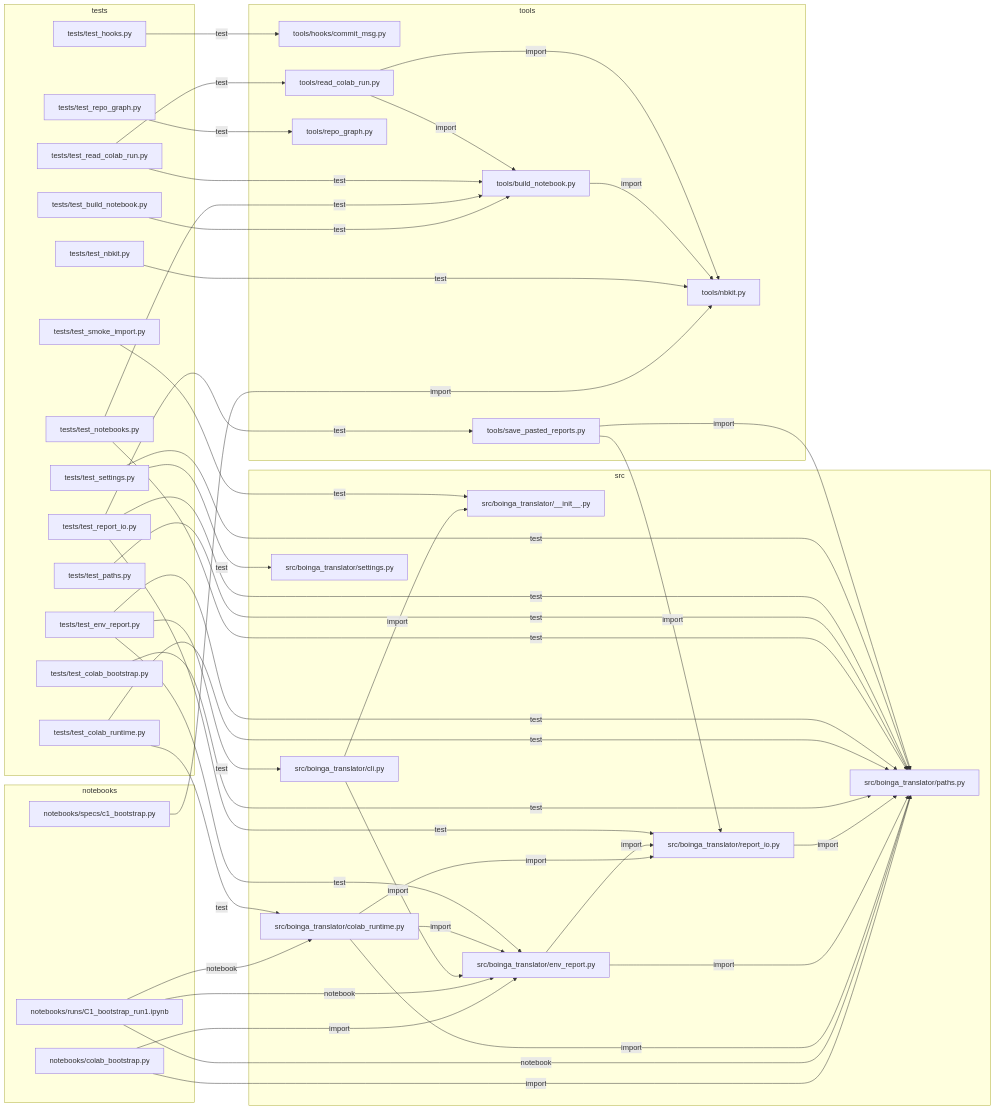
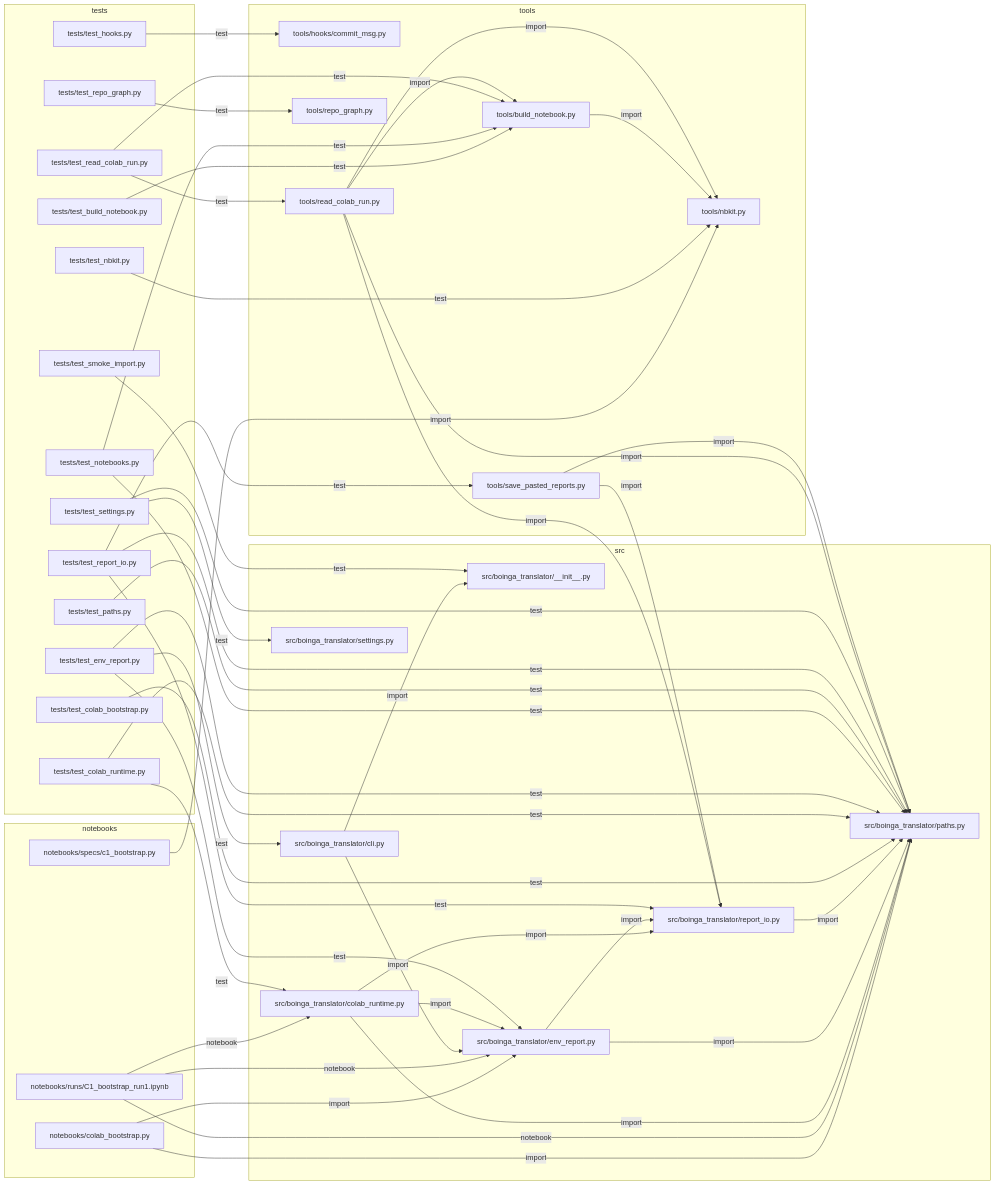
The diagram in docs/REPO_GRAPH.md (asparagusD/boinga-translator), drawn with Mermaid before and after one commit. The commit also changed other lines of this file and 4 other files, not shown here.

````diff
--- a/docs/REPO_GRAPH.md
+++ b/docs/REPO_GRAPH.md
@@ -80,80 +80,82 @@
 ```mermaid
 graph LR
   subgraph sg_notebooks["notebooks"]
     n_notebooks_colab_bootstrap_py["notebooks/colab_bootstrap.py"]
     n_notebooks_runs_C1_bootstrap_run1_ipynb["notebooks/runs/C1_bootstrap_run1.ipynb"]
     n_notebooks_specs_c1_bootstrap_py["notebooks/specs/c1_bootstrap.py"]
   end
   subgraph sg_src["src"]
     n_src_boinga_translator___init___py["src/boinga_translator/__init__.py"]
     n_src_boinga_translator_cli_py["src/boinga_translator/cli.py"]
     n_src_boinga_translator_colab_runtime_py["src/boinga_translator/colab_runtime.py"]
     n_src_boinga_translator_env_report_py["src/boinga_translator/env_report.py"]
     n_src_boinga_translator_paths_py["src/boinga_translator/paths.py"]
     n_src_boinga_translator_report_io_py["src/boinga_translator/report_io.py"]
     n_src_boinga_translator_settings_py["src/boinga_translator/settings.py"]
   end
   subgraph sg_tests["tests"]
     n_tests_test_build_notebook_py["tests/test_build_notebook.py"]
     n_tests_test_colab_bootstrap_py["tests/test_colab_bootstrap.py"]
     n_tests_test_colab_runtime_py["tests/test_colab_runtime.py"]
     n_tests_test_env_report_py["tests/test_env_report.py"]
     n_tests_test_hooks_py["tests/test_hooks.py"]
     n_tests_test_nbkit_py["tests/test_nbkit.py"]
     n_tests_test_notebooks_py["tests/test_notebooks.py"]
     n_tests_test_paths_py["tests/test_paths.py"]
     n_tests_test_read_colab_run_py["tests/test_read_colab_run.py"]
     n_tests_test_repo_graph_py["tests/test_repo_graph.py"]
     n_tests_test_report_io_py["tests/test_report_io.py"]
     n_tests_test_settings_py["tests/test_settings.py"]
     n_tests_test_smoke_import_py["tests/test_smoke_import.py"]
   end
   subgraph sg_tools["tools"]
     n_tools_build_notebook_py["tools/build_notebook.py"]
     n_tools_hooks_commit_msg_py["tools/hooks/commit_msg.py"]
     n_tools_nbkit_py["tools/nbkit.py"]
     n_tools_read_colab_run_py["tools/read_colab_run.py"]
     n_tools_repo_graph_py["tools/repo_graph.py"]
     n_tools_save_pasted_reports_py["tools/save_pasted_reports.py"]
   end
   n_notebooks_colab_bootstrap_py -->|import| n_src_boinga_translator_env_report_py
   n_notebooks_colab_bootstrap_py -->|import| n_src_boinga_translator_paths_py
   n_notebooks_runs_C1_bootstrap_run1_ipynb -->|notebook| n_src_boinga_translator_colab_runtime_py
   n_notebooks_runs_C1_bootstrap_run1_ipynb -->|notebook| n_src_boinga_translator_env_report_py
   n_notebooks_runs_C1_bootstrap_run1_ipynb -->|notebook| n_src_boinga_translator_paths_py
   n_notebooks_specs_c1_bootstrap_py -->|import| n_tools_nbkit_py
   n_src_boinga_translator_cli_py -->|import| n_src_boinga_translator___init___py
   n_src_boinga_translator_cli_py -->|import| n_src_boinga_translator_env_report_py
   n_src_boinga_translator_colab_runtime_py -->|import| n_src_boinga_translator_env_report_py
   n_src_boinga_translator_colab_runtime_py -->|import| n_src_boinga_translator_paths_py
   n_src_boinga_translator_colab_runtime_py -->|import| n_src_boinga_translator_report_io_py
   n_src_boinga_translator_env_report_py -->|import| n_src_boinga_translator_paths_py
   n_src_boinga_translator_env_report_py -->|import| n_src_boinga_translator_report_io_py
   n_src_boinga_translator_report_io_py -->|import| n_src_boinga_translator_paths_py
   n_tests_test_build_notebook_py -->|test| n_tools_build_notebook_py
   n_tests_test_colab_bootstrap_py -->|test| n_src_boinga_translator_paths_py
   n_tests_test_colab_runtime_py -->|test| n_src_boinga_translator_colab_runtime_py
   n_tests_test_colab_runtime_py -->|test| n_src_boinga_translator_paths_py
   n_tests_test_env_report_py -->|test| n_src_boinga_translator_cli_py
   n_tests_test_env_report_py -->|test| n_src_boinga_translator_env_report_py
   n_tests_test_env_report_py -->|test| n_src_boinga_translator_paths_py
   n_tests_test_hooks_py -->|test| n_tools_hooks_commit_msg_py
   n_tests_test_nbkit_py -->|test| n_tools_nbkit_py
   n_tests_test_notebooks_py -->|test| n_src_boinga_translator_paths_py
   n_tests_test_notebooks_py -->|test| n_tools_build_notebook_py
   n_tests_test_paths_py -->|test| n_src_boinga_translator_paths_py
   n_tests_test_read_colab_run_py -->|test| n_tools_build_notebook_py
   n_tests_test_read_colab_run_py -->|test| n_tools_read_colab_run_py
   n_tests_test_repo_graph_py -->|test| n_tools_repo_graph_py
   n_tests_test_report_io_py -->|test| n_src_boinga_translator_paths_py
   n_tests_test_report_io_py -->|test| n_src_boinga_translator_report_io_py
   n_tests_test_report_io_py -->|test| n_tools_save_pasted_reports_py
   n_tests_test_settings_py -->|test| n_src_boinga_translator_paths_py
   n_tests_test_settings_py -->|test| n_src_boinga_translator_settings_py
   n_tests_test_smoke_import_py -->|test| n_src_boinga_translator___init___py
   n_tools_build_notebook_py -->|import| n_tools_nbkit_py
+  n_tools_read_colab_run_py -->|import| n_src_boinga_translator_paths_py
+  n_tools_read_colab_run_py -->|import| n_src_boinga_translator_report_io_py
   n_tools_read_colab_run_py -->|import| n_tools_build_notebook_py
   n_tools_read_colab_run_py -->|import| n_tools_nbkit_py
   n_tools_save_pasted_reports_py -->|import| n_src_boinga_translator_paths_py
   n_tools_save_pasted_reports_py -->|import| n_src_boinga_translator_report_io_py
 ```
````
